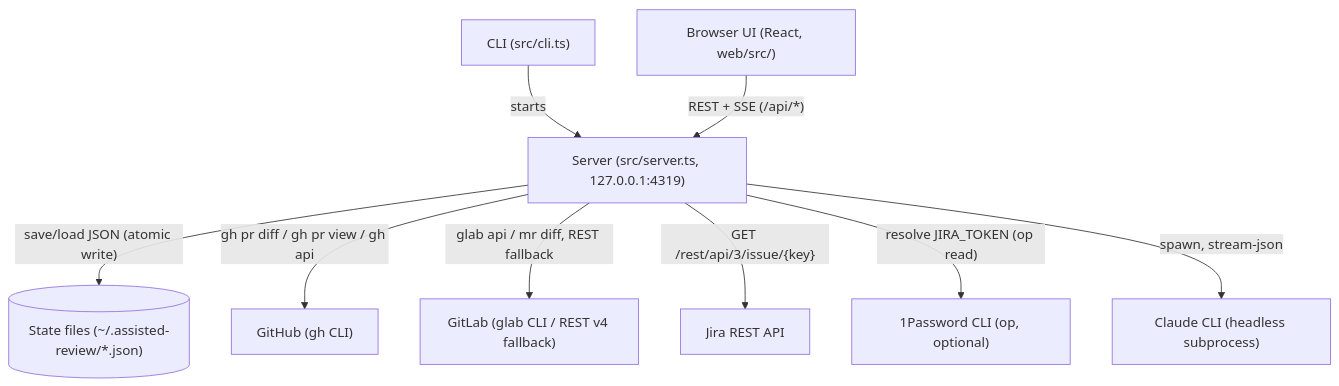
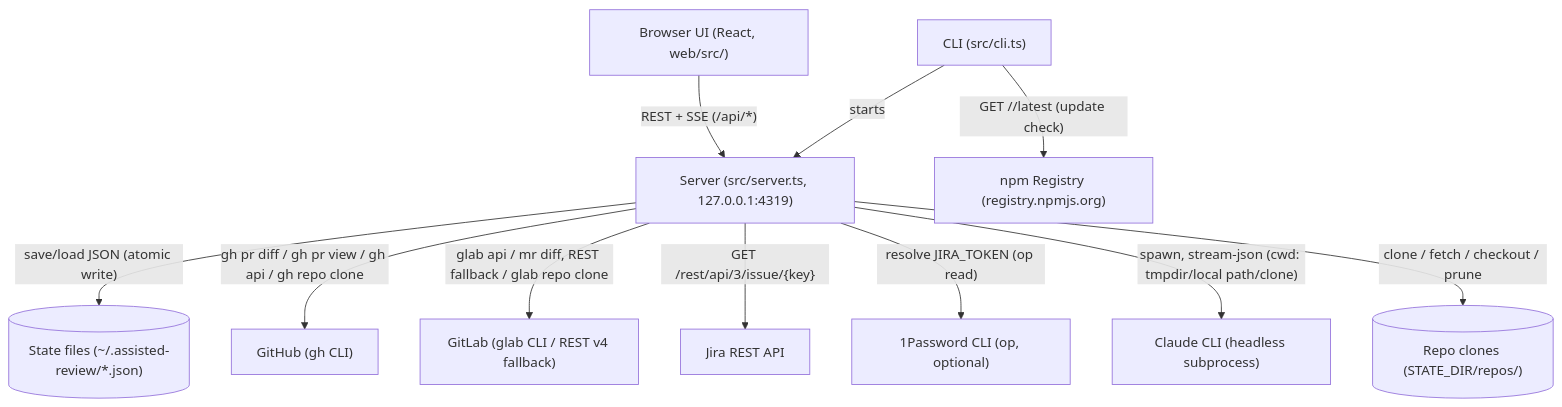
One commit to moui72/assisted-review changed the second of 3 diagrams in README.md. Above: the diagram before and after it, drawn with Mermaid. The commit also changed other lines of this file and 4 other files, not shown here.

First line of the commit message:
docs(ardd): refresh Mermaid diagrams for datamodel/infrastructure/UI (#69)

````diff
--- a/README.md
+++ b/README.md
@@ -380,21 +390,25 @@
 ```mermaid
 graph TD
     UI["Browser UI (React, web/src/)"]
     CLI["CLI (src/cli.ts)"]
     Server["Server (src/server.ts, 127.0.0.1:4319)"]
     State[("State files (~/.assisted-review/*.json)")]
+    Clones[("Repo clones (STATE_DIR/repos/)")]
     GitHub["GitHub (gh CLI)"]
     GitLab["GitLab (glab CLI / REST v4 fallback)"]
     Jira["Jira REST API"]
     Claude["Claude CLI (headless subprocess)"]
     OnePassword["1Password CLI (op, optional)"]
+    NpmRegistry["npm Registry (registry.npmjs.org)"]
 
     CLI -->|starts| Server
+    CLI -->|"GET /<pkg>/latest (update check)"| NpmRegistry
     UI -->|"REST + SSE (/api/*)"| Server
     Server -->|"save/load JSON (atomic write)"| State
-    Server -->|"gh pr diff / gh pr view / gh api"| GitHub
-    Server -->|"glab api / mr diff, REST fallback"| GitLab
+    Server -->|"gh pr diff / gh pr view / gh api / gh repo clone"| GitHub
+    Server -->|"glab api / mr diff, REST fallback / glab repo clone"| GitLab
     Server -->|"GET /rest/api/3/issue/{key}"| Jira
     Server -->|"resolve JIRA_TOKEN (op read)"| OnePassword
-    Server -->|"spawn, stream-json"| Claude
+    Server -->|"spawn, stream-json (cwd: tmpdir/local path/clone)"| Claude
+    Server -->|"clone / fetch / checkout / prune"| Clones
 ```
````
